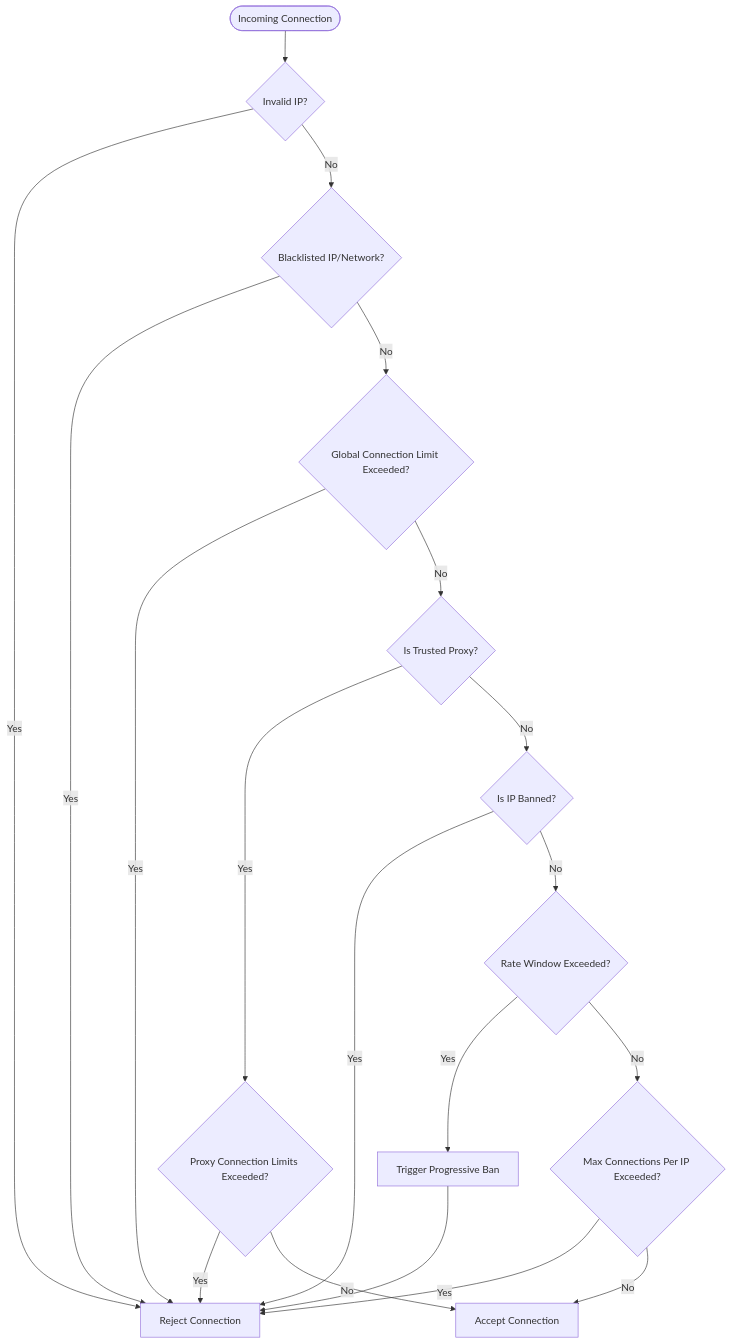
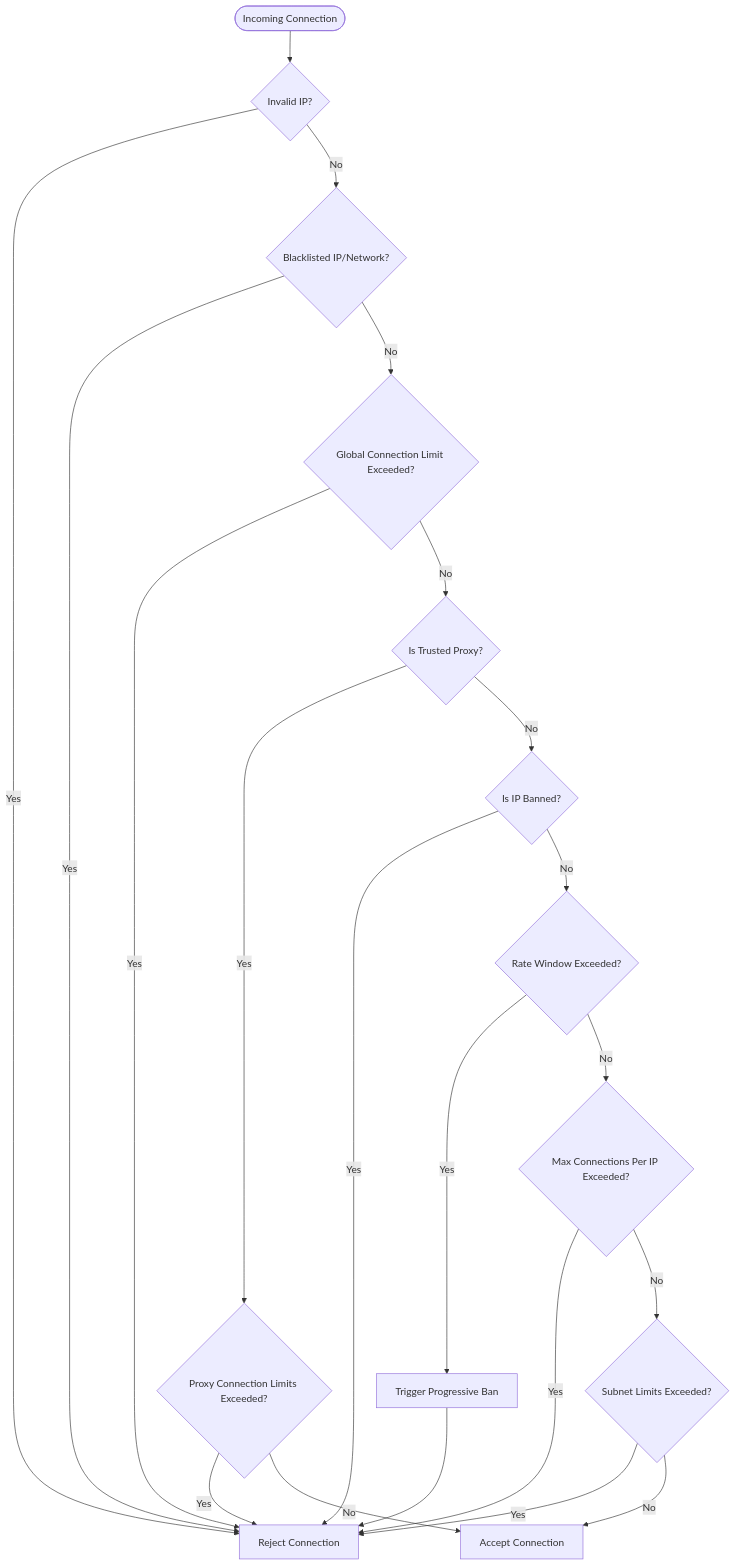
The diagram in docs/api/network/connection/connection-guard.md (ppn-systems/Nalix), drawn with Mermaid before and after one commit. The commit also changed other lines of this file and 63 other files, not shown here.

````diff
--- a/docs/api/network/connection/connection-guard.md
+++ b/docs/api/network/connection/connection-guard.md
@@ -17,22 +18,24 @@
 ```mermaid
 flowchart TD
     Request([Incoming Connection]) --> InvalidCheck{Invalid IP?}
     InvalidCheck -- Yes --> Reject[Reject Connection]
     InvalidCheck -- No --> BlacklistCheck{Blacklisted IP/Network?}
     BlacklistCheck -- Yes --> Reject
     BlacklistCheck -- No --> GlobalLimitCheck{Global Connection Limit Exceeded?}
     GlobalLimitCheck -- Yes --> Reject
     GlobalLimitCheck -- No --> ProxyCheck{Is Trusted Proxy?}
-    
+
     ProxyCheck -- Yes --> AllowCheckProxy{Proxy Connection Limits Exceeded?}
     AllowCheckProxy -- Yes --> Reject
     AllowCheckProxy -- No --> Accept[Accept Connection]
 
     ProxyCheck -- No --> ActiveBanCheck{Is IP Banned?}
     ActiveBanCheck -- Yes --> Reject
     ActiveBanCheck -- No --> RateLimitCheck{Rate Window Exceeded?}
     RateLimitCheck -- Yes --> TriggerBan[Trigger Progressive Ban] --> Reject
     RateLimitCheck -- No --> IpLimitCheck{Max Connections Per IP Exceeded?}
     IpLimitCheck -- Yes --> Reject
-    IpLimitCheck -- No --> Accept
+    IpLimitCheck -- No --> SubnetCheck{Subnet Limits Exceeded?}
+    SubnetCheck -- Yes --> Reject
+    SubnetCheck -- No --> Accept
 ```
````
